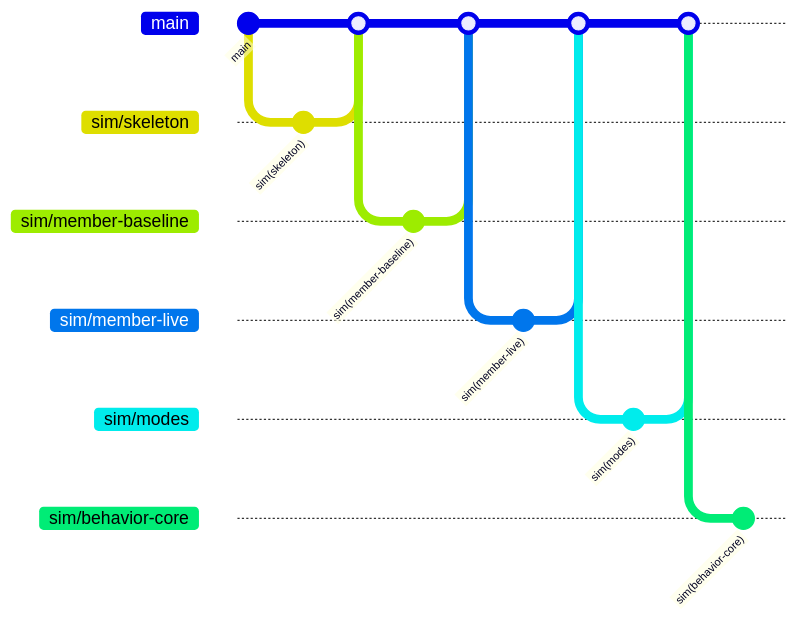
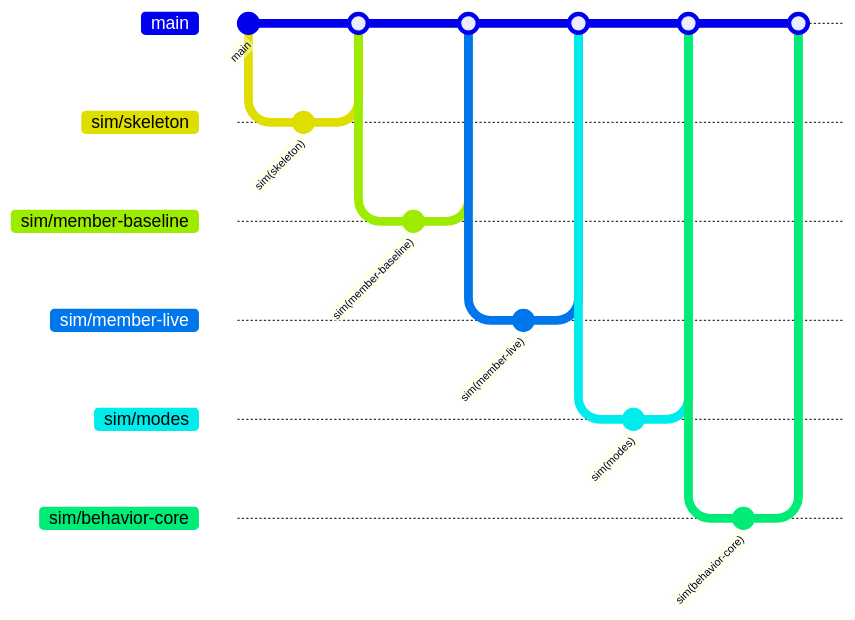
Before and after one commit to josiah113366-sketch/clothes-query: the diagram in docs/BRANCHES.md, drawn with Mermaid. The commit also changed other lines of this file and 1 other file, not shown here.

Commit message:
docs(sim/behavior-core): 작업 결과 기록

````diff
--- a/docs/BRANCHES.md
+++ b/docs/BRANCHES.md
@@ -35,22 +35,24 @@
 ```mermaid
 gitGraph
   commit id: "main"
   branch sim/skeleton
   commit id: "sim(skeleton)"
   checkout main
   merge sim/skeleton
   branch sim/member-baseline
   commit id: "sim(member-baseline)"
   checkout main
   merge sim/member-baseline
   branch sim/member-live
   commit id: "sim(member-live)"
   checkout main
   merge sim/member-live
   branch sim/modes
   commit id: "sim(modes)"
   checkout main
   merge sim/modes
   branch sim/behavior-core
   commit id: "sim(behavior-core)"
+  checkout main
+  merge sim/behavior-core
 ```
````
